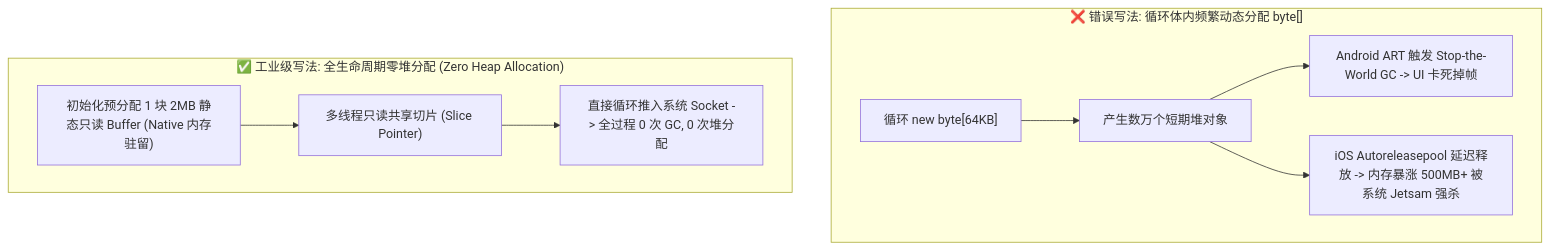
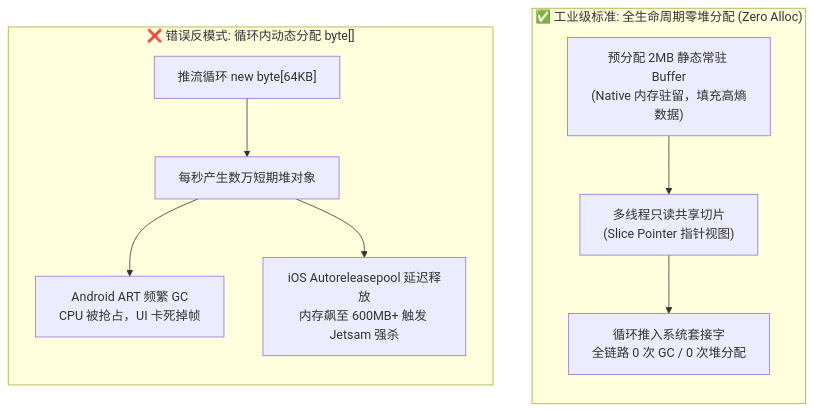
Before and after one commit to MoreConsequence/MoreConsequence.github.io: the first of 2 diagrams in content/posts/speedtest-engineering/speedtest-03-zero-alloc-uplink.md, drawn with Mermaid. The commit also changed 300 other files, not shown here.

````diff
--- a/content/posts/speedtest-engineering/speedtest-03-zero-alloc-uplink.md
+++ b/content/posts/speedtest-engineering/speedtest-03-zero-alloc-uplink.md
@@ -22,14 +22,17 @@
 ```mermaid
-flowchart TD
-    subgraph Bad["❌ 错误写法: 循环体内频繁动态分配 byte[]"]
-        B1["循环 new byte[64KB]"] --> B2["产生数万个短期堆对象"]
-        B2 --> B3["Android ART 触发 Stop-the-World GC -> UI 卡死掉帧"]
-        B2 --> B4["iOS Autoreleasepool 延迟释放 -> 内存暴涨 500MB+ 被系统 Jetsam 强杀"]
+flowchart LR
+    subgraph Bad["❌ 错误反模式: 循环内动态分配 byte[]"]
+        direction TB
+        B1["推流循环 new byte[64KB]"] --> B2["每秒产生数万短期堆对象"]
+        B2 --> B3["Android ART 频繁 GC<br/>CPU 被抢占，UI 卡死掉帧"]
+        B2 --> B4["iOS Autoreleasepool 延迟释放<br/>内存飙至 600MB+ 触发 Jetsam 强杀"]
     end
 
-    subgraph Good["✅ 工业级写法: 全生命周期零堆分配 (Zero Heap Allocation)"]
-        G1["初始化预分配 1 块 2MB 静态只读 Buffer (Native 内存驻留)"]
-        G1 --> G2["多线程只读共享切片 (Slice Pointer)"]
-        G2 --> G3["直接循环推入系统 Socket -> 全过程 0 次 GC, 0 次堆分配"]
+    subgraph Good["✅ 工业级标准: 全生命周期零堆分配 (Zero Alloc)"]
+        direction TB
+        G1["预分配 2MB 静态常驻 Buffer<br/>(Native 内存驻留，填充高熵数据)"] --> G2["多线程只读共享切片<br/>(Slice Pointer 指针视图)"]
+        G2 --> G3["循环推入系统套接字<br/>全链路 0 次 GC / 0 次堆分配"]
     end
+
+    Bad ~~~ Good
 ```
````
